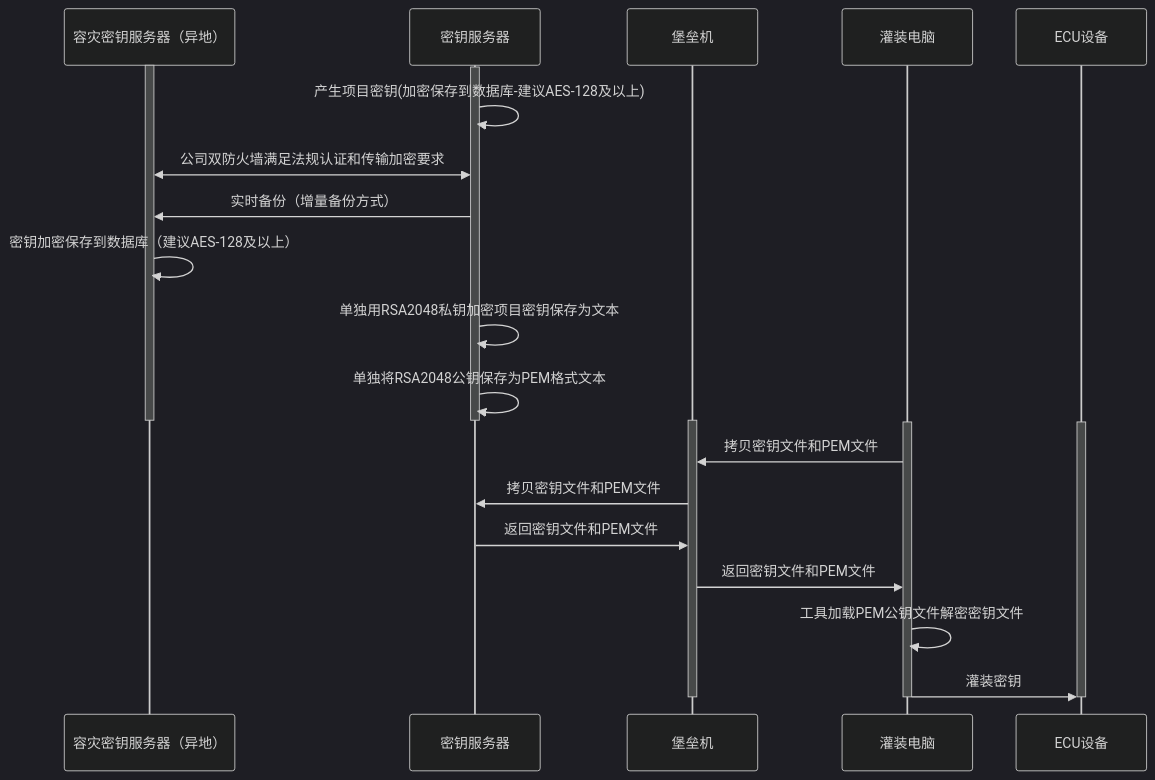
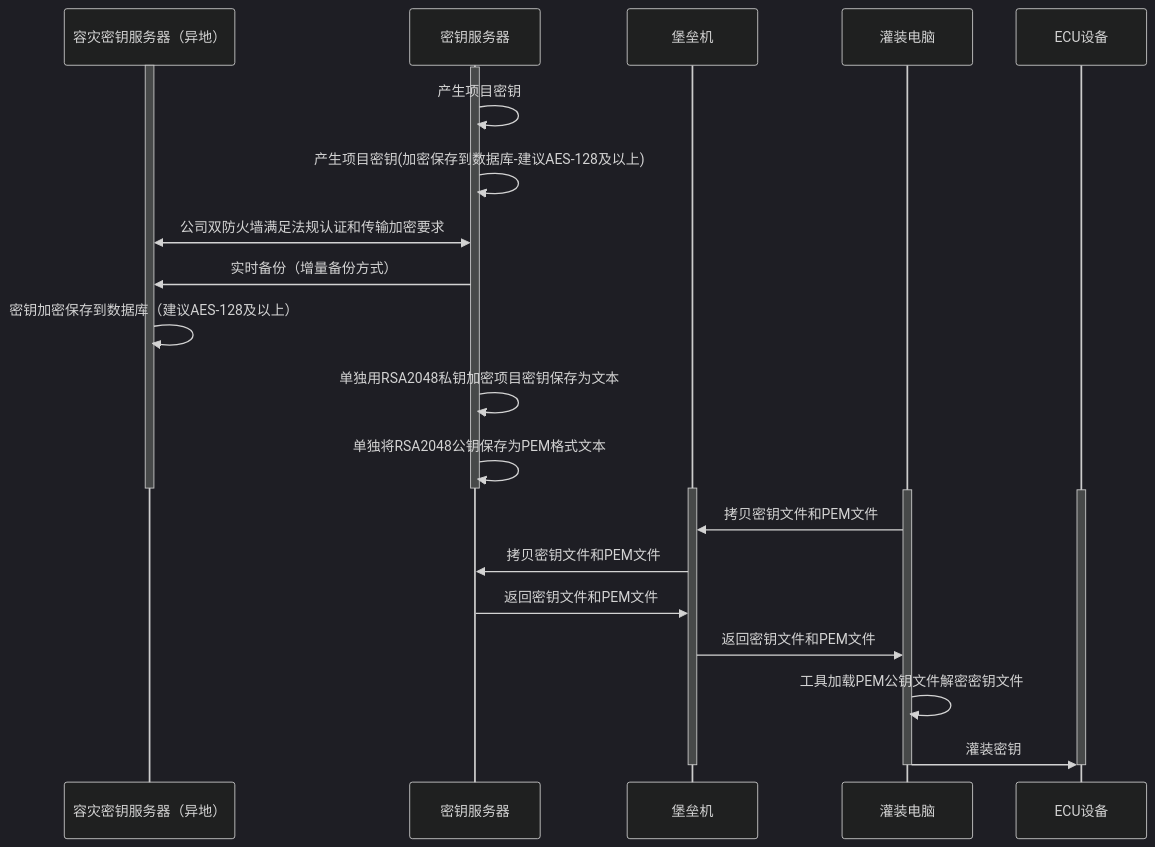
Before and after one commit to facebook-cloud/iodraw-files: the diagram in all/未命名-15.md, drawn with Mermaid (dark theme).

Commit message:
2026-02-07 14:14:06 update

````diff
--- a/all/未命名-15.md
+++ b/all/未命名-15.md
@@ -1,35 +1,35 @@
 ```mermaid
 sequenceDiagram
     participant A as 容灾密钥服务器（异地）
     participant B as 密钥服务器
     participant C as 堡垒机
     participant D as 灌装电脑
     participant E as ECU设备
 
     activate A
     activate B
+    B->>B: 产生项目密钥
     B->>B: 产生项目密钥(加密保存到数据库-建议AES-128及以上)
-    
     A<<->>B: 公司双防火墙满足法规认证和传输加密要求
     B->>A: 实时备份（增量备份方式）
     A->>A: 密钥加密保存到数据库（建议AES-128及以上）
     B->>B: 单独用RSA2048私钥加密项目密钥保存为文本
     B->>B: 单独将RSA2048公钥保存为PEM格式文本
     deactivate B
     deactivate A
 
     activate C
     activate D
     activate E
 
     D->>C: 拷贝密钥文件和PEM文件
     C->>B: 拷贝密钥文件和PEM文件
     B->>C: 返回密钥文件和PEM文件
     C->>D: 返回密钥文件和PEM文件
     D->>D:工具加载PEM公钥文件解密密钥文件
     D->>E: 灌装密钥
     deactivate C
     deactivate D
     deactivate E
 
 ```
````
